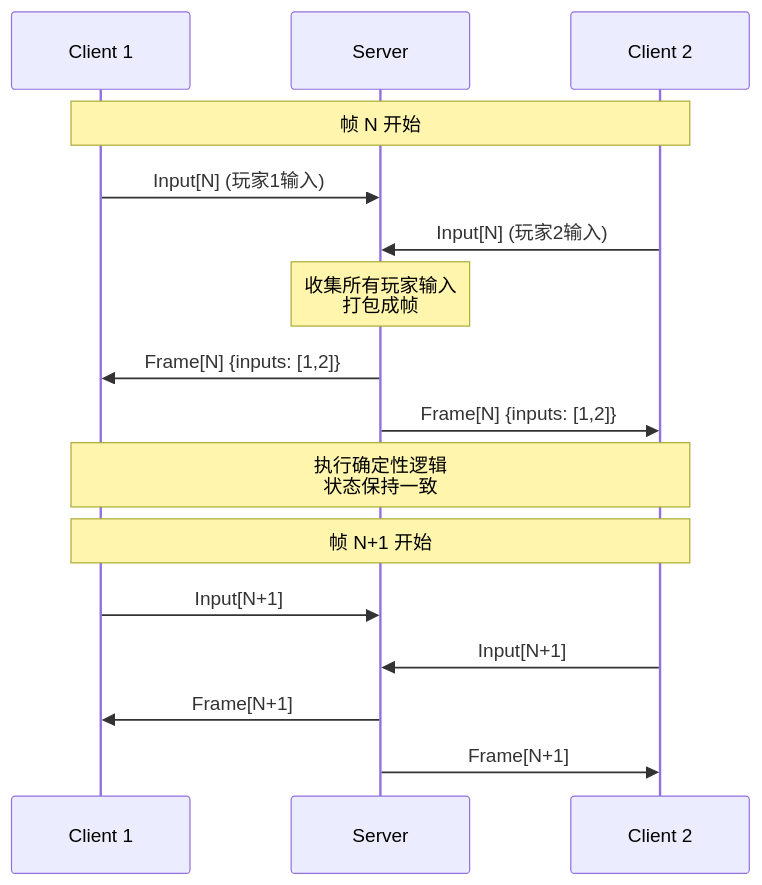
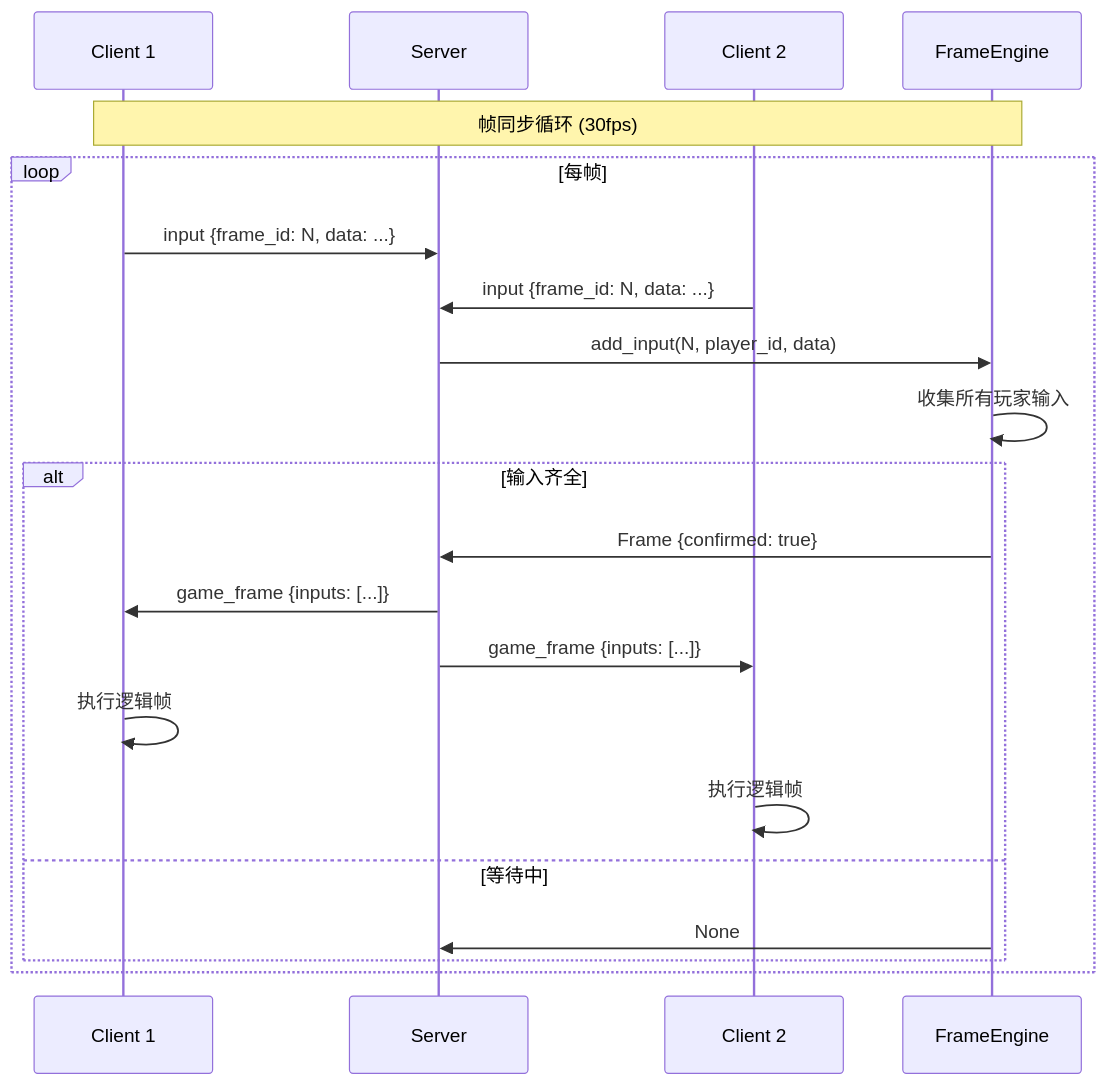
The second of 3 diagrams in README.md (kongshan001/game-frame-sync), drawn with Mermaid before and after one commit. The commit also changed other lines of this file, not shown here.

First line of the commit message:
docs: Complete README with comprehensive architecture documentation

````diff
--- a/README.md
+++ b/README.md
@@ -120,26 +414,27 @@
 ```mermaid
 sequenceDiagram
     participant C1 as Client 1
     participant S as Server
     participant C2 as Client 2
+    participant FE as FrameEngine
     
-    Note over C1,C2: 帧 N 开始
+    Note over C1,FE: 帧同步循环 (30fps)
     
-    C1->>S: Input[N] (玩家1输入)
-    C2->>S: Input[N] (玩家2输入)
-    
-    Note over S: 收集所有玩家输入<br/>打包成帧
-    
-    S->>C1: Frame[N] {inputs: [1,2]}
-    S->>C2: Frame[N] {inputs: [1,2]}
-    
-    Note over C1,C2: 执行确定性逻辑<br/>状态保持一致
-    
-    Note over C1,C2: 帧 N+1 开始
-    
-    C1->>S: Input[N+1]
-    C2->>S: Input[N+1]
-    
-    S->>C1: Frame[N+1]
-    S->>C2: Frame[N+1]
+    loop 每帧
+        C1->>S: input {frame_id: N, data: ...}
+        C2->>S: input {frame_id: N, data: ...}
+        
+        S->>FE: add_input(N, player_id, data)
+        FE->>FE: 收集所有玩家输入
+        
+        alt 输入齐全
+            FE->>S: Frame {confirmed: true}
+            S->>C1: game_frame {inputs: [...]}
+            S->>C2: game_frame {inputs: [...]}
+            C1->>C1: 执行逻辑帧
+            C2->>C2: 执行逻辑帧
+        else 等待中
+            FE->>S: None
+        end
+    end
 ```
````
